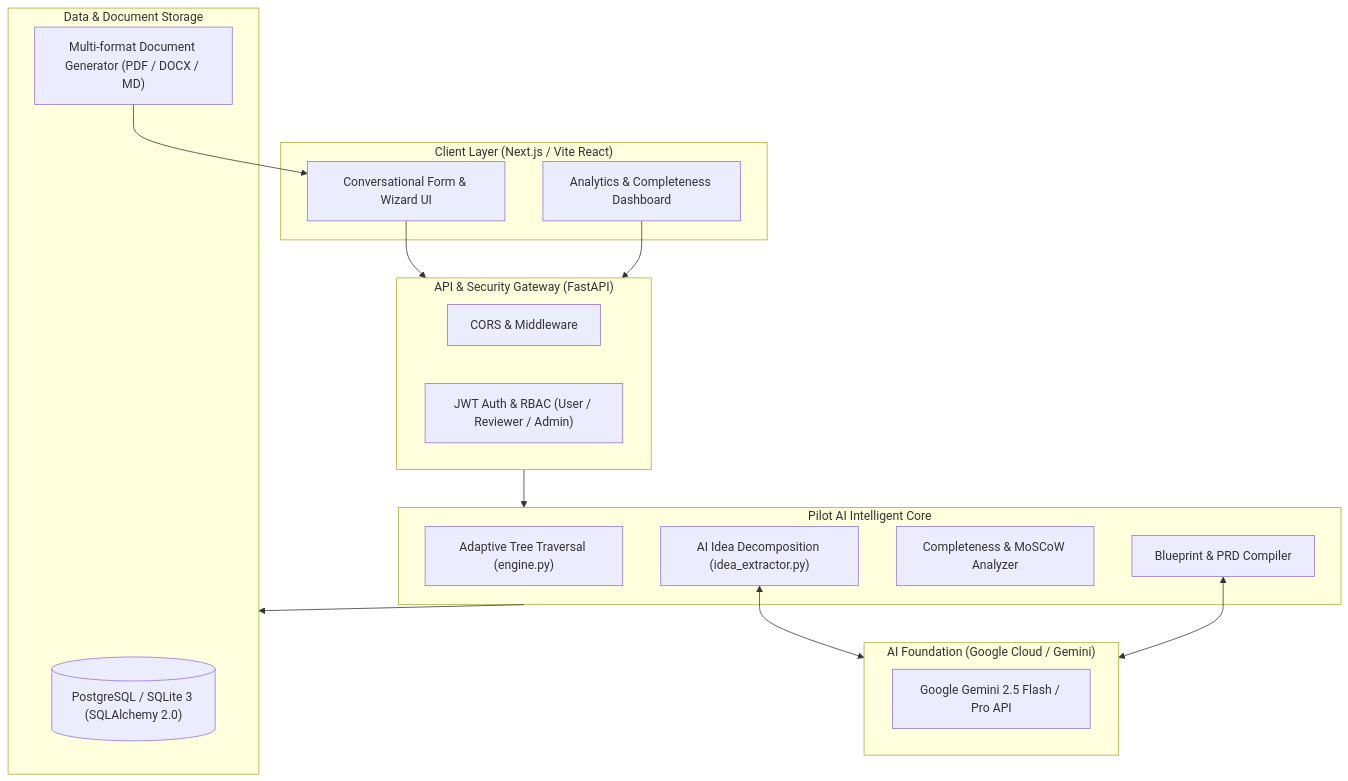
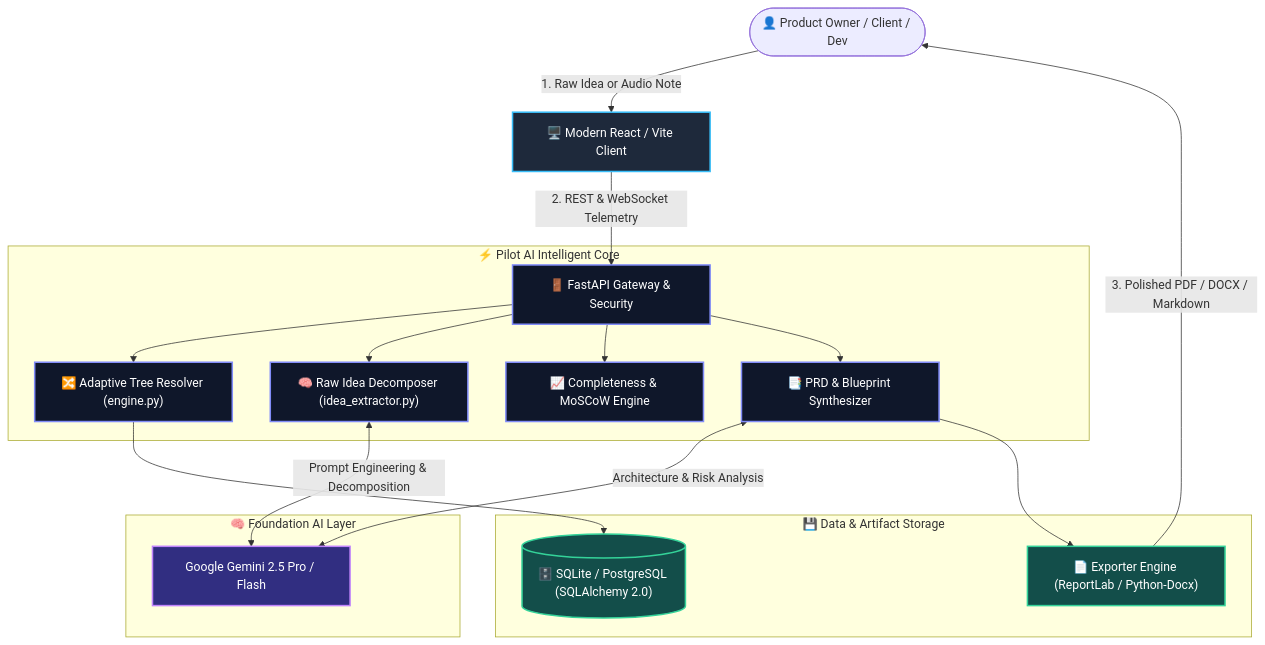
Before and after one commit to nanthishvaran17/pilot-ai: the first of 3 diagrams in README.md, drawn with Mermaid. The commit also changed other lines of this file and 11 other files, not shown here.

Commit message:
docs: add ultra-premium FAANG-grade README with hero visual banner, metrics, sequence diagrams, and ERD

````diff
--- a/README.md
+++ b/README.md
@@ -68,36 +67,29 @@
 ```mermaid
 flowchart TD
-    subgraph Client ["Client Layer (Next.js / Vite React)"]
-        UI["Conversational Form & Wizard UI"]
-        Dashboard["Analytics & Completeness Dashboard"]
+    classDef client fill:#1e293b,stroke:#38bdf8,stroke-width:2px,color:#fff;
+    classDef engine fill:#0f172a,stroke:#818cf8,stroke-width:2px,color:#fff;
+    classDef ai fill:#312e81,stroke:#c084fc,stroke-width:2px,color:#fff;
+    classDef storage fill:#134e4a,stroke:#34d399,stroke-width:2px,color:#fff;
+
+    User([👤 Product Owner / Client / Dev]) -->|1. Raw Idea or Audio Note| WebUI["🖥️ Modern React / Vite Client"]:::client
+    WebUI -->|2. REST & WebSocket Telemetry| APIGateway["🚪 FastAPI Gateway & Security"]:::engine
+
+    subgraph CoreEngine ["⚡ Pilot AI Intelligent Core"]
+        APIGateway --> IntakeEngine["🔀 Adaptive Tree Resolver (engine.py)"]:::engine
+        APIGateway --> Extractor["🧠 Raw Idea Decomposer (idea_extractor.py)"]:::engine
+        APIGateway --> Scorer["📈 Completeness & MoSCoW Engine"]:::engine
+        APIGateway --> BlueprintSynth["📑 PRD & Blueprint Synthesizer"]:::engine
     end
 
-    subgraph Gateway ["API & Security Gateway (FastAPI)"]
-        CORS["CORS & Middleware"]
-        Auth["JWT Auth & RBAC (User / Reviewer / Admin)"]
+    subgraph Intelligence ["🧠 Foundation AI Layer"]
+        Extractor <-->|Prompt Engineering & Decomposition| Gemini["Google Gemini 2.5 Pro / Flash"]:::ai
+        BlueprintSynth <-->|Architecture & Risk Analysis| Gemini
     end
 
-    subgraph CoreEngine ["Pilot AI Intelligent Core"]
-        Intake["Adaptive Tree Traversal (engine.py)"]
-        Extractor["AI Idea Decomposition (idea_extractor.py)"]
-        Scorer["Completeness & MoSCoW Analyzer"]
-        Synthesizer["Blueprint & PRD Compiler"]
+    subgraph Persistence ["💾 Data & Artifact Storage"]
+        IntakeEngine --> DB[("🗄️ SQLite / PostgreSQL (SQLAlchemy 2.0)")]:::storage
+        BlueprintSynth --> Exporter["📄 Exporter Engine (ReportLab / Python-Docx)"]:::storage
     end
 
-    subgraph Intelligence ["AI Foundation (Google Cloud / Gemini)"]
-        LLM["Google Gemini 2.5 Flash / Pro API"]
-    end
-
-    subgraph Persistence ["Data & Document Storage"]
-        DB[("PostgreSQL / SQLite 3 (SQLAlchemy 2.0)")]
-        DocGen["Multi-format Document Generator (PDF / DOCX / MD)"]
-    end
-
-    UI --> Gateway
-    Dashboard --> Gateway
-    Gateway --> CoreEngine
-    Extractor <--> Intelligence
-    Synthesizer <--> Intelligence
-    CoreEngine --> Persistence
-    DocGen --> UI
+    Exporter -->|3. Polished PDF / DOCX / Markdown| User
 ```
````
